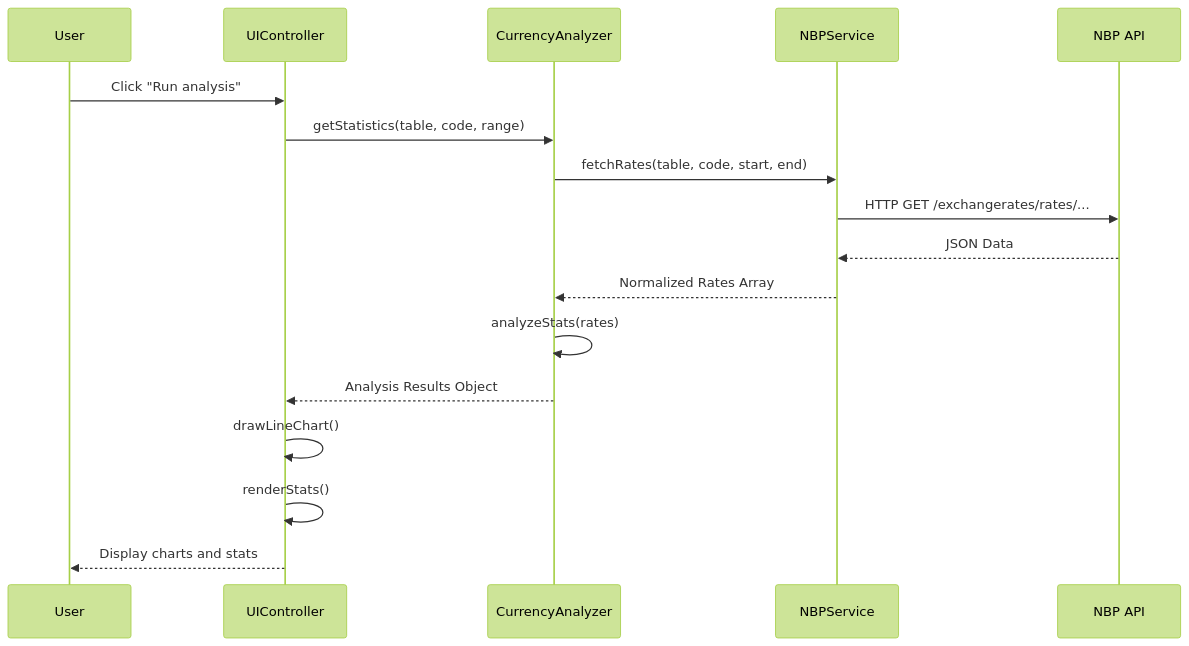
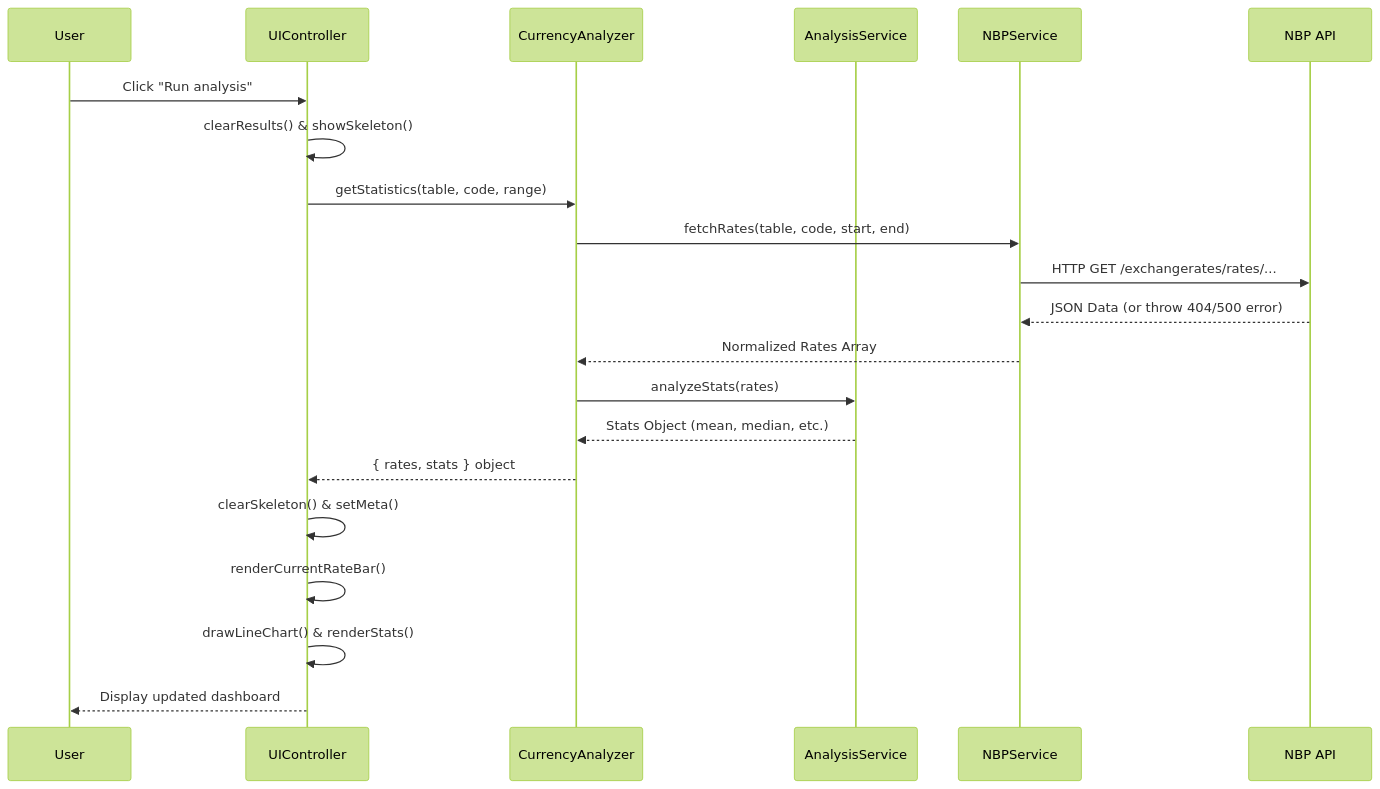
The second of 3 diagrams in docs/UML.md (IIS-ZPI/ZPI2025_IO3_ZPI3), drawn with Mermaid (forest theme) before and after one commit. The commit also changed other lines of this file, not shown here.

Commit message:
feat: additional graph (Component diagram), error handling added to Activity diagram

````diff
--- a/docs/UML.md
+++ b/docs/UML.md
@@ -28,20 +54,24 @@
 ```mermaid
 sequenceDiagram
     participant U as User
     participant UI as UIController
     participant CA as CurrencyAnalyzer
+    participant AS as AnalysisService
     participant NS as NBPService
     participant API as NBP API
 
     U->>UI: Click "Run analysis"
+    UI->>UI: clearResults() & showSkeleton()
     UI->>CA: getStatistics(table, code, range)
     CA->>NS: fetchRates(table, code, start, end)
     NS->>API: HTTP GET /exchangerates/rates/...
-    API-->>NS: JSON Data
+    API-->>NS: JSON Data (or throw 404/500 error)
     NS-->>CA: Normalized Rates Array
-    CA->>CA: analyzeStats(rates)
-    CA-->>UI: Analysis Results Object
-    UI->>UI: drawLineChart()
-    UI->>UI: renderStats()
-    UI-->>U: Display charts and stats
+    CA->>AS: analyzeStats(rates)
+    AS-->>CA: Stats Object (mean, median, etc.)
+    CA-->>UI: { rates, stats } object
+    UI->>UI: clearSkeleton() & setMeta()
+    UI->>UI: renderCurrentRateBar()
+    UI->>UI: drawLineChart() & renderStats()
+    UI-->>U: Display updated dashboard
 ```
````
